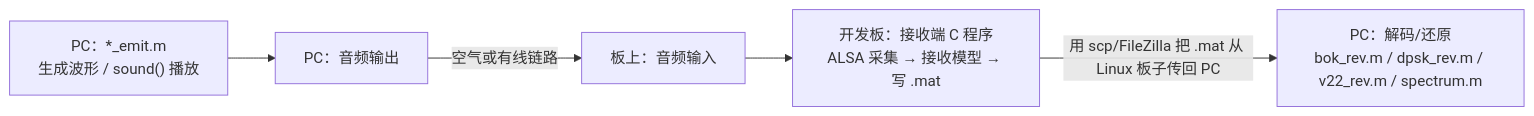
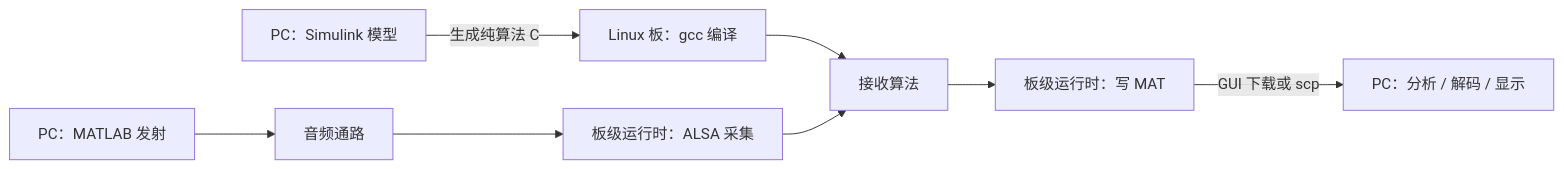
Before and after one commit to padhialuo0426/portable-acoustic-sdr: the diagram in documents/README.md, drawn with Mermaid. The commit also changed other lines of this file and 12 other files, not shown here.

````diff
--- a/documents/README.md
+++ b/documents/README.md
@@ -34,11 +30,9 @@
 ```mermaid
 flowchart LR
-    emit["PC：*_emit.m<br/>生成波形 / sound() 播放"]
-    spk["PC：音频输出"]
-    mic["板上：音频输入"]
-    rx["开发板：接收端 C 程序<br/>ALSA 采集 → 接收模型 → 写 .mat"]
-    dec["PC：解码/还原<br/>bok_rev.m / dpsk_rev.m / v22_rev.m / spectrum.m"]
-
-    emit --> spk -->|"空气或有线链路"| mic --> rx
-    rx -->|"用 scp/FileZilla 把 .mat 从 Linux 板子传回 PC"| dec
+    model["PC：Simulink 模型"] -->|"生成纯算法 C"| build["Linux 板：gcc 编译"]
+    tx["PC：MATLAB 发射"] --> channel["音频通路"]
+    channel --> runtime["板级运行时：ALSA 采集"]
+    build --> dsp["接收算法"]
+    runtime --> dsp --> mat["板级运行时：写 MAT"]
+    mat -->|"GUI 下载或 scp"| result["PC：分析 / 解码 / 显示"]
 ```
````
